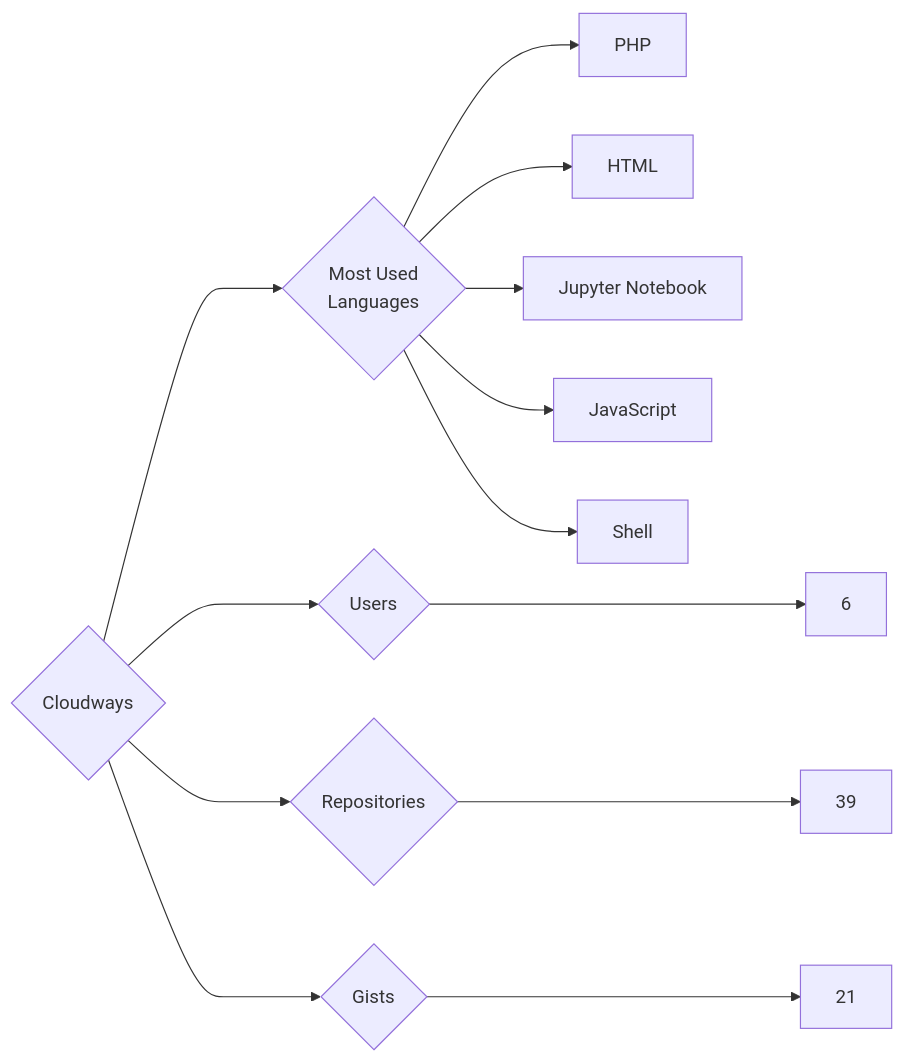
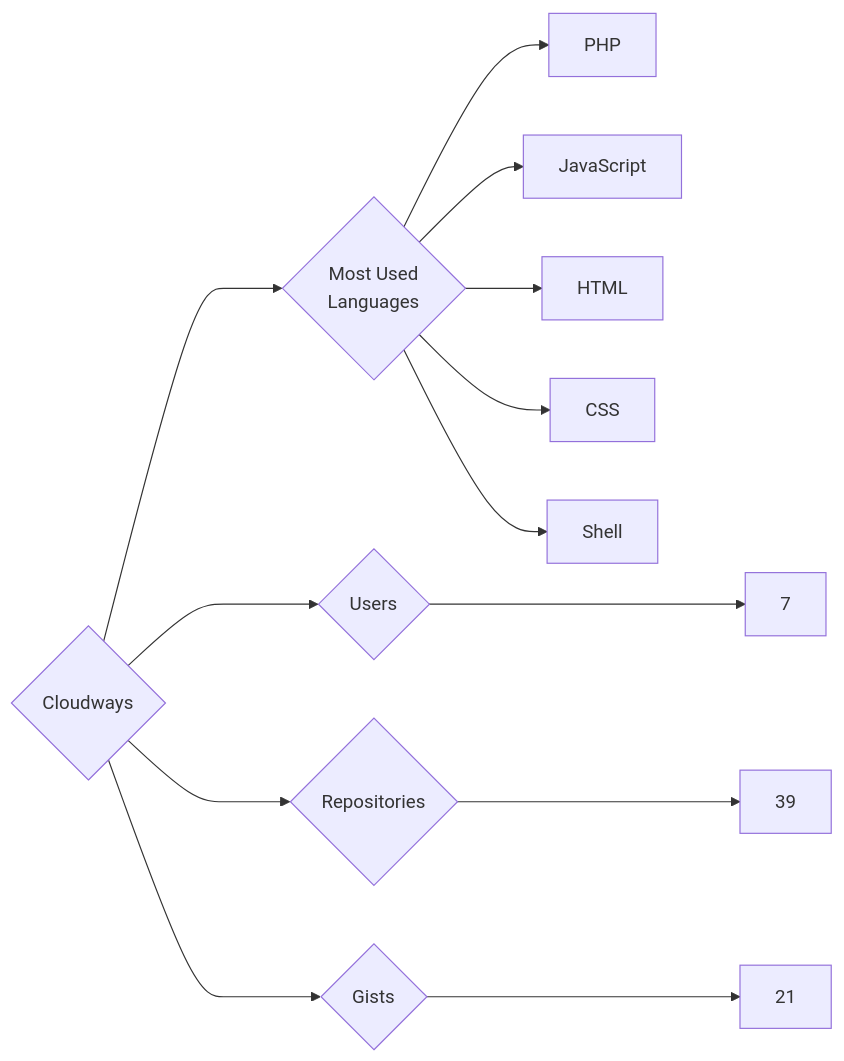
Before and after one commit to trickest/insiders: the diagram in targets/Cloudways/README.md, drawn with Mermaid. The commit also changed 882 other files, not shown here.

````diff
--- a/targets/Cloudways/README.md
+++ b/targets/Cloudways/README.md
@@ -3,13 +3,13 @@
 ```mermaid
 graph LR
 COMPANY_NAME{Cloudways}
-COMPANY_NAME ---> U{Users} ---> UN[6]
+COMPANY_NAME ---> U{Users} ---> UN[7]
 COMPANY_NAME ---> R{Repositories} ---> RN[39]
 COMPANY_NAME ---> G{Gists} ---> GN[21]
 COMPANY_NAME ---> ML{Most Used<br>Languages}
 ML --> PHP[PHP]
+ML --> JavaScript[JavaScript]
 ML --> HTML[HTML]
-ML --> Jupyter_Notebook[Jupyter Notebook]
-ML --> JavaScript[JavaScript]
+ML --> CSS[CSS]
 ML --> Shell[Shell]
 ```
````
